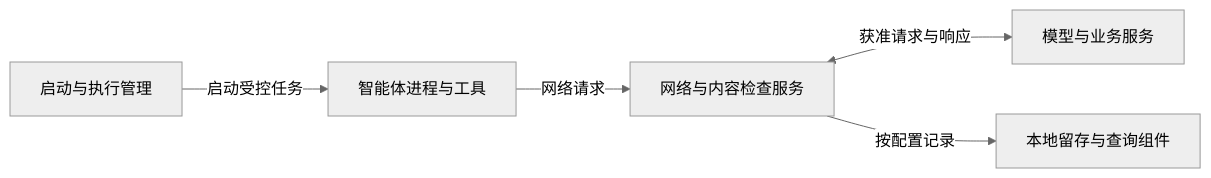
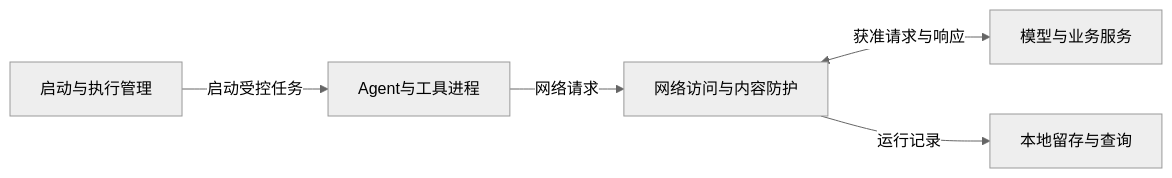
The diagram in docs/finsafe-whitepaper-zh.md (finogeeks/finsafe), drawn with Mermaid (neutral theme) before and after one commit. The commit also changed other lines of this file and 11 other files, not shown here.

````diff
--- a/docs/finsafe-whitepaper-zh.md
+++ b/docs/finsafe-whitepaper-zh.md
@@ -55,7 +91,7 @@
 ```mermaid
 flowchart LR
-    A[启动与执行管理] -->|启动受控任务| B[智能体进程与工具]
-    B -->|网络请求| C[网络与内容检查服务]
+    A[启动与执行管理] -->|启动受控任务| B[Agent与工具进程]
+    B -->|网络请求| C[网络访问与内容防护]
     C <-->|获准请求与响应| D[模型与业务服务]
-    C -->|按配置记录| E[本地留存与查询组件]
+    C -->|运行记录| E[本地留存与查询]
 ```
````
